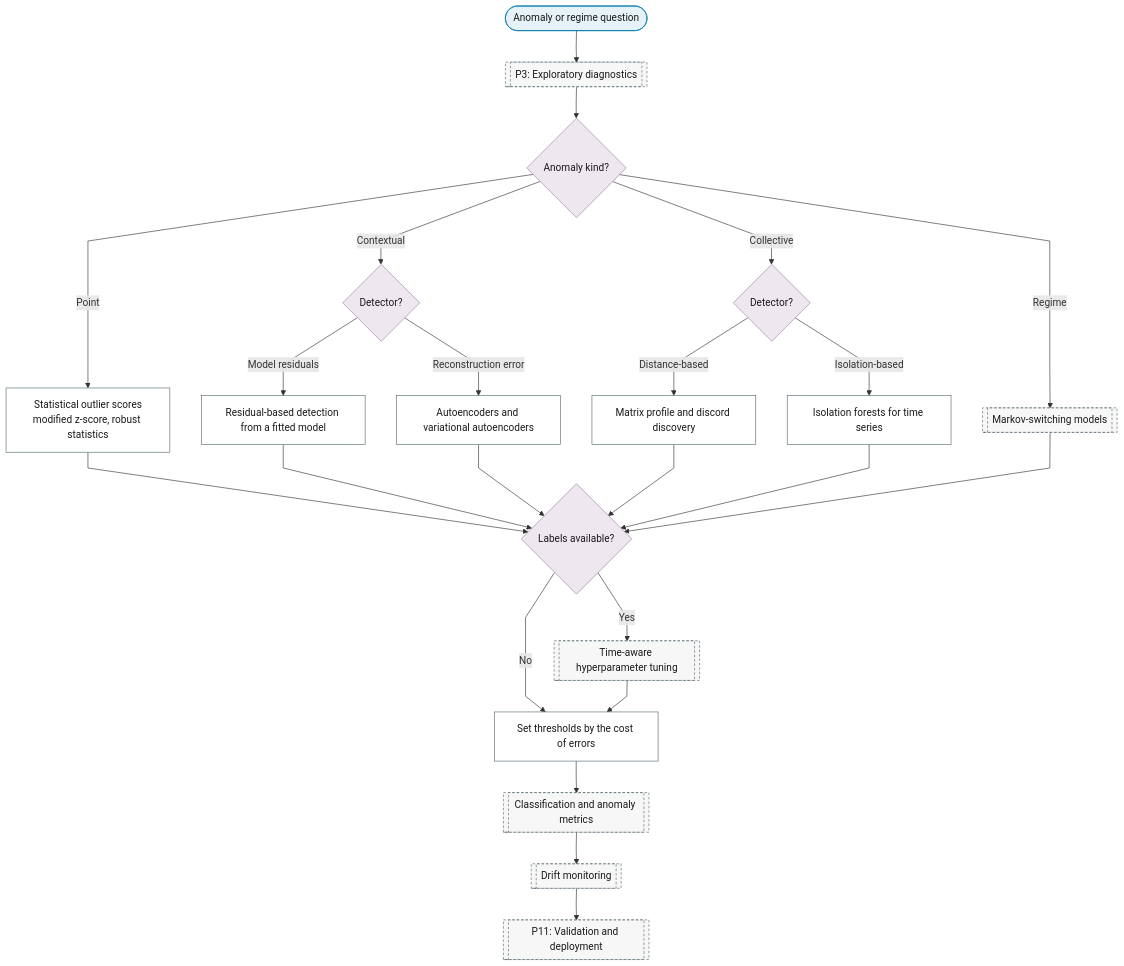
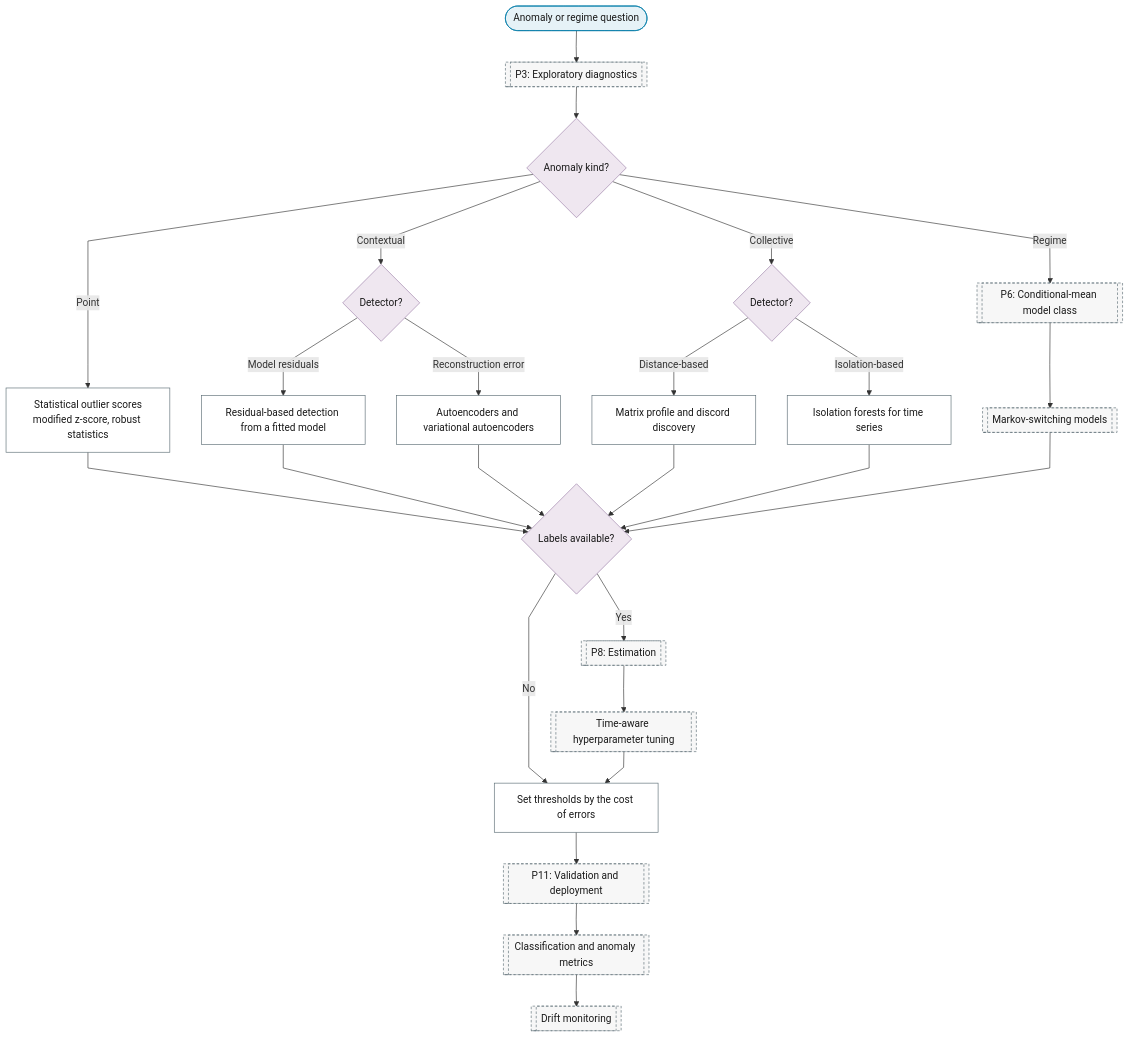
The diagram in docs/01-workflow/p02-purpose/05-anomaly-regime-detection.md (Shuxin-Y/time-series-analysis-manual), drawn with Mermaid before and after one commit. The commit also changed 12 other files, not shown here.

First line of the commit message:
fix(flowchart): purpose charts index the spine in phase order (rev1 M3)

````diff
--- a/docs/01-workflow/p02-purpose/05-anomaly-regime-detection.md
+++ b/docs/01-workflow/p02-purpose/05-anomaly-regime-detection.md
@@ -7,34 +7,36 @@
 ```mermaid
 %%{init: {"flowchart": {"curve": "linear"}}}%%
 graph TD
     P2_AN_IN(["Anomaly or regime question"]) --> P3[["P3: Exploratory diagnostics"]]
     P3 --> P2_AN_KIND{"Anomaly kind?"}
     P2_AN_KIND -->|"Point"| P2_AN_STATISTICAL["Statistical outlier scores<br/>modified z-score, robust statistics"]
     P2_AN_KIND -->|"Contextual"| P2_AN_CONTEXT{"Detector?"}
     P2_AN_KIND -->|"Collective"| P2_AN_COLLECTIVE{"Detector?"}
-    P2_AN_KIND -->|"Regime"| P6_MARKOV_SWITCHING[["Markov-switching models"]]
+    P2_AN_KIND -->|"Regime"| P6[["P6: Conditional-mean model class"]]
+    P6 --> P6_MARKOV_SWITCHING[["Markov-switching models"]]
     P2_AN_CONTEXT -->|"Model residuals"| P2_AN_RESIDUAL["Residual-based detection from a fitted model"]
     P2_AN_CONTEXT -->|"Reconstruction error"| P2_AN_AUTOENCODER["Autoencoders and variational autoencoders"]
     P2_AN_COLLECTIVE -->|"Distance-based"| P2_AN_MATRIX_PROFILE["Matrix profile and discord discovery"]
     P2_AN_COLLECTIVE -->|"Isolation-based"| P2_AN_ISOLATION_FOREST["Isolation forests for time series"]
     P2_AN_STATISTICAL & P2_AN_RESIDUAL & P2_AN_AUTOENCODER --> P2_AN_LABELS
     P2_AN_MATRIX_PROFILE & P2_AN_ISOLATION_FOREST & P6_MARKOV_SWITCHING --> P2_AN_LABELS{"Labels available?"}
-    P2_AN_LABELS -->|"Yes"| P8_HYPERPARAMETERS[["Time-aware hyperparameter tuning"]]
+    P2_AN_LABELS -->|"Yes"| P8[["P8: Estimation"]]
     P2_AN_LABELS -->|"No"| P2_AN_THRESHOLD
+    P8 --> P8_HYPERPARAMETERS[["Time-aware hyperparameter tuning"]]
     P8_HYPERPARAMETERS --> P2_AN_THRESHOLD["Set thresholds by the cost of errors"]
-    P2_AN_THRESHOLD --> P11_CLASSIFICATION_METRICS[["Classification and anomaly metrics"]]
+    P2_AN_THRESHOLD --> P11[["P11: Validation and deployment"]]
+    P11 --> P11_CLASSIFICATION_METRICS[["Classification and anomaly metrics"]]
     P11_CLASSIFICATION_METRICS --> P11_DRIFT_MONITORING[["Drift monitoring"]]
-    P11_DRIFT_MONITORING --> P11[["P11: Validation and deployment"]]
     class P2_AN_IN terminator
     class P2_AN_KIND,P2_AN_CONTEXT,P2_AN_COLLECTIVE,P2_AN_LABELS decision
     class P2_AN_STATISTICAL,P2_AN_RESIDUAL,P2_AN_AUTOENCODER,P2_AN_MATRIX_PROFILE,P2_AN_ISOLATION_FOREST,P2_AN_THRESHOLD process
-    class P3,P6_MARKOV_SWITCHING,P8_HYPERPARAMETERS,P11_CLASSIFICATION_METRICS,P11_DRIFT_MONITORING,P11 ref
+    class P3,P6,P6_MARKOV_SWITCHING,P8,P8_HYPERPARAMETERS,P11,P11_CLASSIFICATION_METRICS,P11_DRIFT_MONITORING ref
     classDef terminator fill:#E6F2F7,stroke:#007BA7,color:#1A1A1A;
     classDef process fill:#FFFFFF,stroke:#5A6B73,color:#1A1A1A;
     classDef decision fill:#EFE7F0,stroke:#9B7FA7,color:#1A1A1A;
     classDef data fill:#FFF4E0,stroke:#C9A55E,color:#1A1A1A;
     classDef good fill:#DCEFD8,stroke:#4A7A3F,color:#1A1A1A;
     classDef escalate fill:#FFE9C2,stroke:#C9A55E,color:#1A1A1A;
     classDef problem fill:#F2D9DE,stroke:#800020,color:#1A1A1A;
     classDef ref fill:#F7F7F7,stroke:#5A6B73,color:#1A1A1A,stroke-dasharray:4 3;
 ```
````
